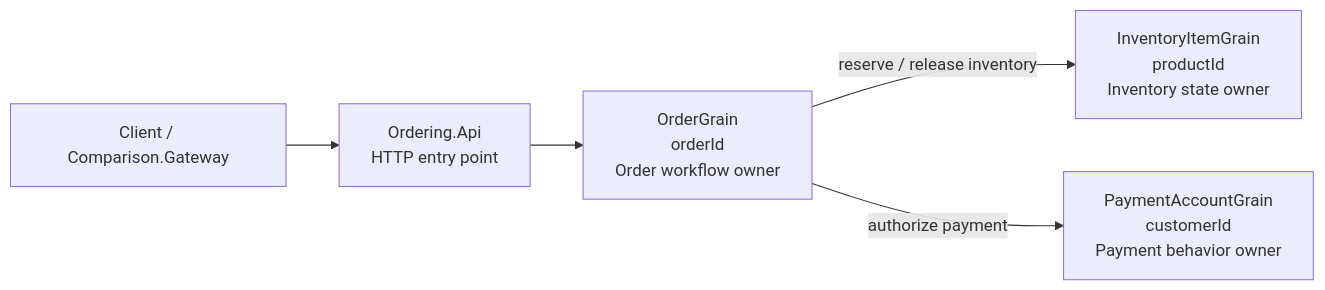
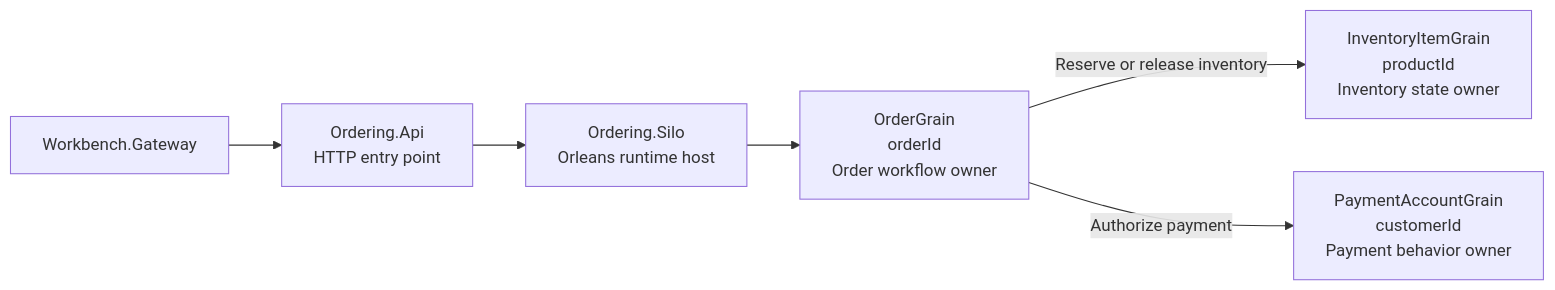
One commit to petesramek/microservices-vs-virtual-actors changed the first of 3 diagrams in docs/03-virtual-actors-design.md. Above: the diagram before and after it, drawn with Mermaid. The commit also changed other lines of this file and 39 other files, not shown here.

````diff
--- a/docs/03-virtual-actors-design.md
+++ b/docs/03-virtual-actors-design.md
@@ -15,20 +15,15 @@
 ```mermaid
 flowchart LR
-    Client[Client / Comparison.Gateway]
-    Api[Ordering.Api
-HTTP entry point]
-    Order[OrderGrain
-orderId
-Order workflow owner]
-    Inventory[InventoryItemGrain
-productId
-Inventory state owner]
-    Payment[PaymentAccountGrain
-customerId
-Payment behavior owner]
+    Client[Workbench.Gateway]
+    Api[Ordering.Api<br/>HTTP entry point]
+    Silo[Ordering.Silo<br/>Orleans runtime host]
+    Order[OrderGrain<br/>orderId<br/>Order workflow owner]
+    Inventory[InventoryItemGrain<br/>productId<br/>Inventory state owner]
+    Payment[PaymentAccountGrain<br/>customerId<br/>Payment behavior owner]
 
     Client --> Api
-    Api --> Order
-    Order -->|reserve / release inventory| Inventory
-    Order -->|authorize payment| Payment
+    Api --> Silo
+    Silo --> Order
+    Order -->|Reserve or release inventory| Inventory
+    Order -->|Authorize payment| Payment
 ```
````
